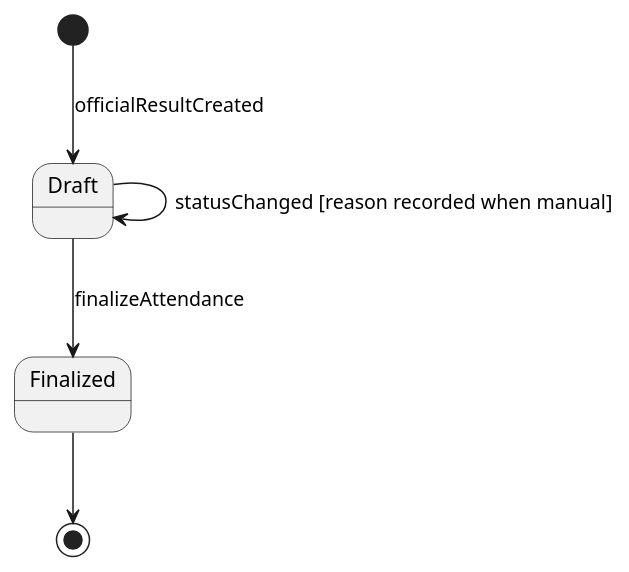
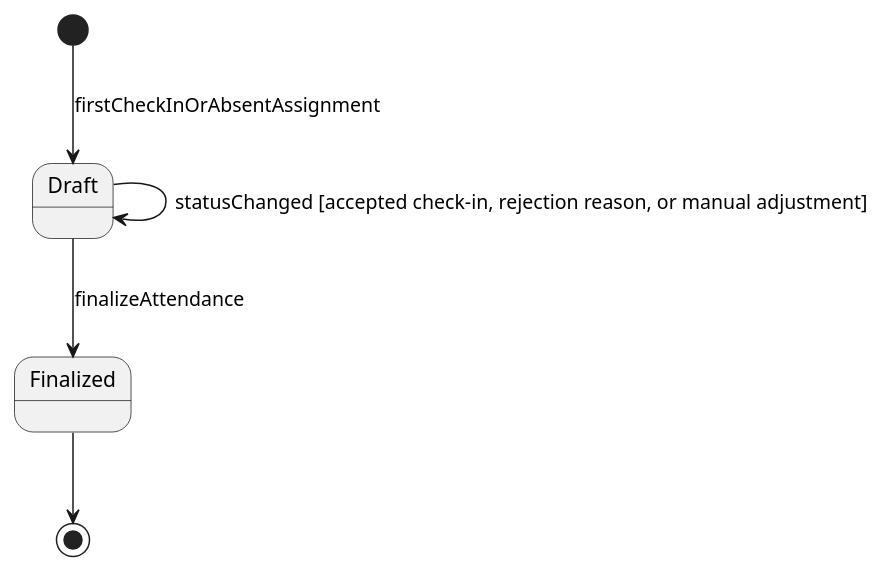
Diagram 28 of 28 in docs/rds/2_Analysis.md (nttung42/SWD392), drawn with PlantUML before and after one commit. The commit also changed other lines of this file and 4 other files, not shown here.

````diff
--- a/docs/rds/2_Analysis.md
+++ b/docs/rds/2_Analysis.md
@@ -1430,8 +1279,9 @@
 ```plantuml
 @startuml
-[*] --> Draft : officialResultCreated
-Draft --> Draft : statusChanged [reason recorded when manual]
+skinparam style strictuml
+[*] --> Draft : firstCheckInOrAbsentAssignment
+Draft --> Draft : statusChanged [accepted check-in, rejection reason, or manual adjustment]
 Draft --> Finalized : finalizeAttendance
 Finalized --> [*]
 @enduml
 ```
````
